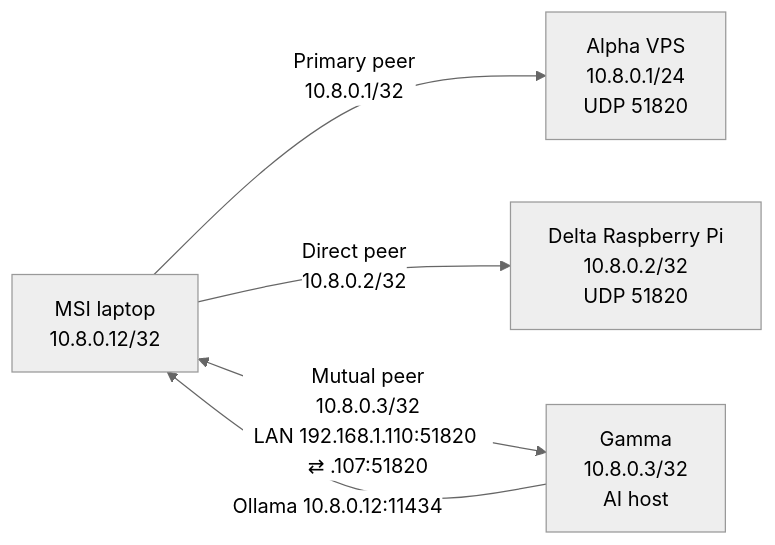
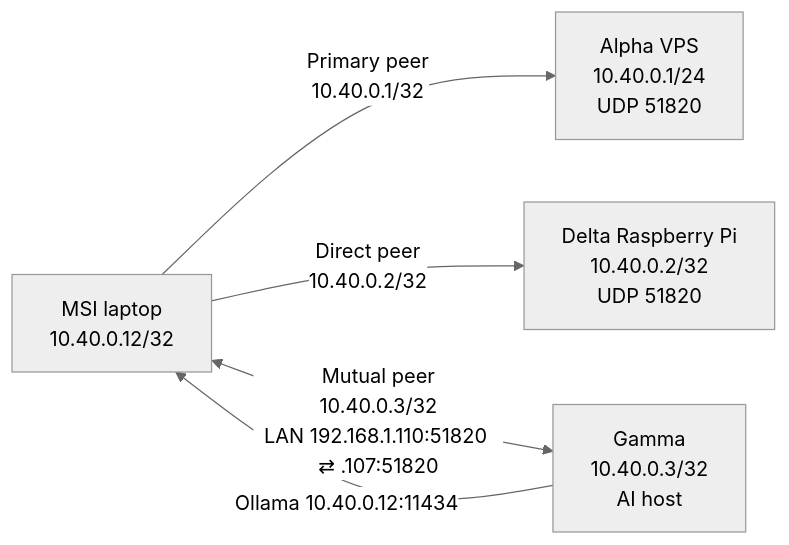
One commit to Manuel0516/zero-five-handbook changed the diagram in content/docs/laptop-msi/wireguard.mdx. Above: the diagram before and after it, drawn with Mermaid (neutral theme). The commit also changed other lines of this file and 52 other files, not shown here.

````diff
--- a/content/docs/laptop-msi/wireguard.mdx
+++ b/content/docs/laptop-msi/wireguard.mdx
@@ -13,7 +13,7 @@
 ```mermaid
 flowchart LR
-    msi["MSI laptop<br/>10.8.0.12/32"] -->|"Primary peer<br/>10.8.0.1/32"| alpha["Alpha VPS<br/>10.8.0.1/24<br/>UDP 51820"]
-    msi -->|"Direct peer<br/>10.8.0.2/32"| delta["Delta Raspberry Pi<br/>10.8.0.2/32<br/>UDP 51820"]
-    msi <-->|"Mutual peer<br/>10.8.0.3/32<br/>LAN 192.168.1.110:51820 ⇄ .107:51820"| gamma["Gamma<br/>10.8.0.3/32<br/>AI host"]
-    gamma -->|"Ollama 10.8.0.12:11434"| msi
+    msi["MSI laptop<br/>10.40.0.12/32"] -->|"Primary peer<br/>10.40.0.1/32"| alpha["Alpha VPS<br/>10.40.0.1/24<br/>UDP 51820"]
+    msi -->|"Direct peer<br/>10.40.0.2/32"| delta["Delta Raspberry Pi<br/>10.40.0.2/32<br/>UDP 51820"]
+    msi <-->|"Mutual peer<br/>10.40.0.3/32<br/>LAN 192.168.1.110:51820 ⇄ .107:51820"| gamma["Gamma<br/>10.40.0.3/32<br/>AI host"]
+    gamma -->|"Ollama 10.40.0.12:11434"| msi
 ```
````
